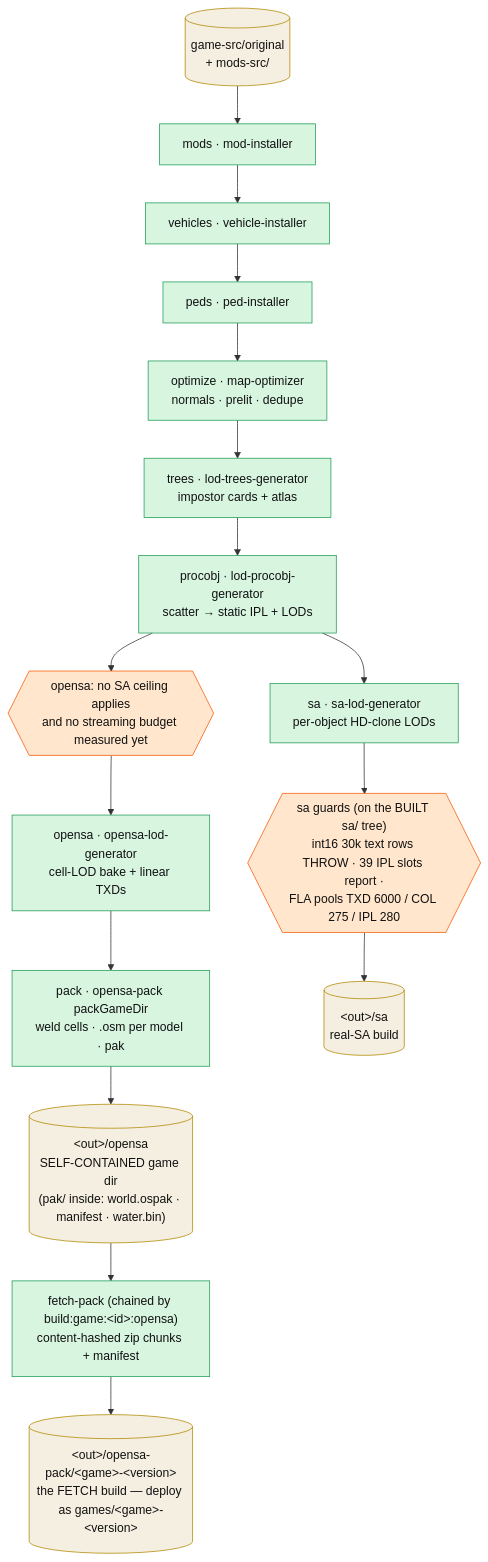
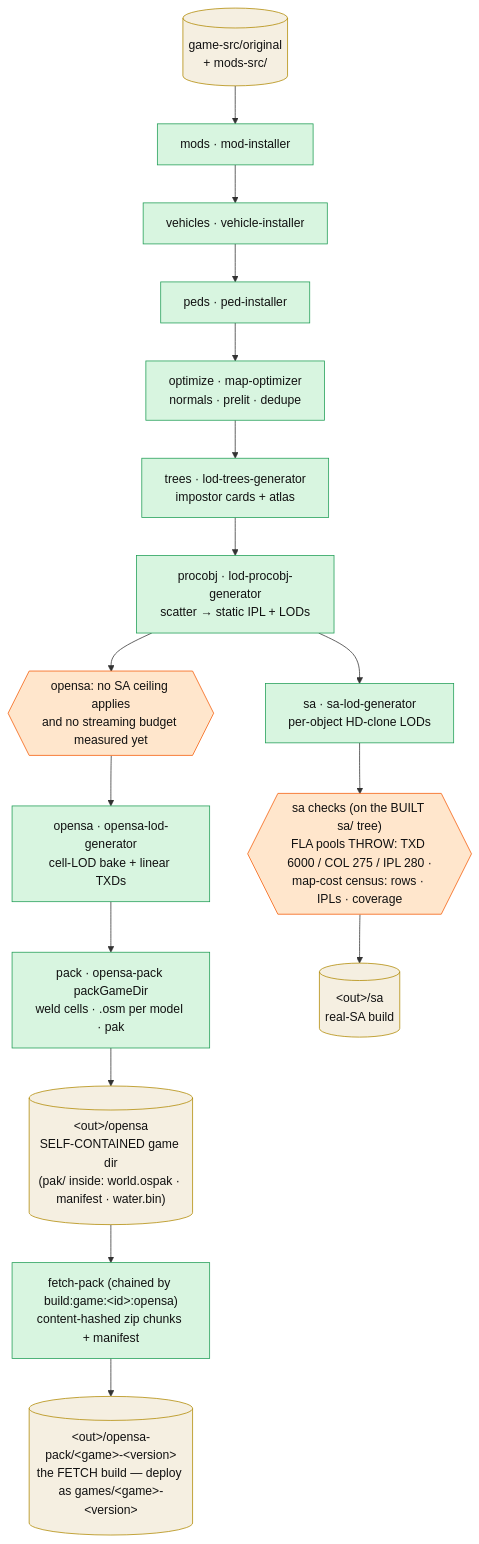
One commit to sexorcist00/opensa changed the diagram in docs/architecture/perfect-map-builder.md. Above: the diagram before and after it, drawn with Mermaid. The commit also changed other lines of this file and 5 other files, not shown here.

````diff
--- a/docs/architecture/perfect-map-builder.md
+++ b/docs/architecture/perfect-map-builder.md
@@ -43,29 +43,29 @@
 ```mermaid
 %%| pmb-pipeline
 flowchart TB
   src[("game-src/original<br/>+ mods-src/")]:::data
   mods["mods · mod-installer"]:::stage
   veh["vehicles · vehicle-installer"]:::stage
   peds["peds · ped-installer"]:::stage
   opt["optimize · map-optimizer<br/>normals · prelit · dedupe"]:::stage
   trees["trees · lod-trees-generator<br/>impostor cards + atlas"]:::stage
   proc["procobj · lod-procobj-generator<br/>scatter → static IPL + LODs"]:::stage
-  guard{{"sa guards (on the BUILT sa/ tree)<br/>int16 30k text rows THROW · 39 IPL slots report ·<br/>FLA pools TXD 6000 / COL 275 / IPL 280"}}:::guard
+  guard{{"sa checks (on the BUILT sa/ tree)<br/>FLA pools THROW: TXD 6000 / COL 275 / IPL 280 ·<br/>map-cost census: rows · IPLs · coverage"}}:::guard
   osguard{{"opensa: no SA ceiling applies<br/>and no streaming budget measured yet"}}:::guard
   sa["sa · sa-lod-generator<br/>per-object HD-clone LODs"]:::stage
   oslod["opensa · opensa-lod-generator<br/>cell-LOD bake + linear TXDs"]:::stage
   pack["pack · opensa-pack packGameDir<br/>weld cells · .osm per model · pak"]:::stage
   outsa[("&lt;out&gt;/sa<br/>real-SA build")]:::data
   outos[("&lt;out&gt;/opensa<br/>SELF-CONTAINED game dir<br/>(pak/ inside: world.ospak · manifest · water.bin)")]:::data
   fetch["fetch-pack (chained by build:game:&lt;id&gt;:opensa)<br/>content-hashed zip chunks + manifest"]:::stage
   outpak[("&lt;out&gt;/opensa-pack/&lt;game&gt;-&lt;version&gt;<br/>the FETCH build — deploy as games/&lt;game&gt;-&lt;version&gt;")]:::data
 
   src --> mods --> veh --> peds --> opt --> trees --> proc
   proc --> sa --> guard --> outsa
   proc --> osguard --> oslod --> pack --> outos
   outos --> fetch --> outpak
 
   classDef stage fill:#d8f5e0,stroke:#1f9d55,color:#111
   classDef guard fill:#ffe6cc,stroke:#f55c07,color:#111
   classDef data fill:#f5efe1,stroke:#b08900,color:#111
 ```
````
